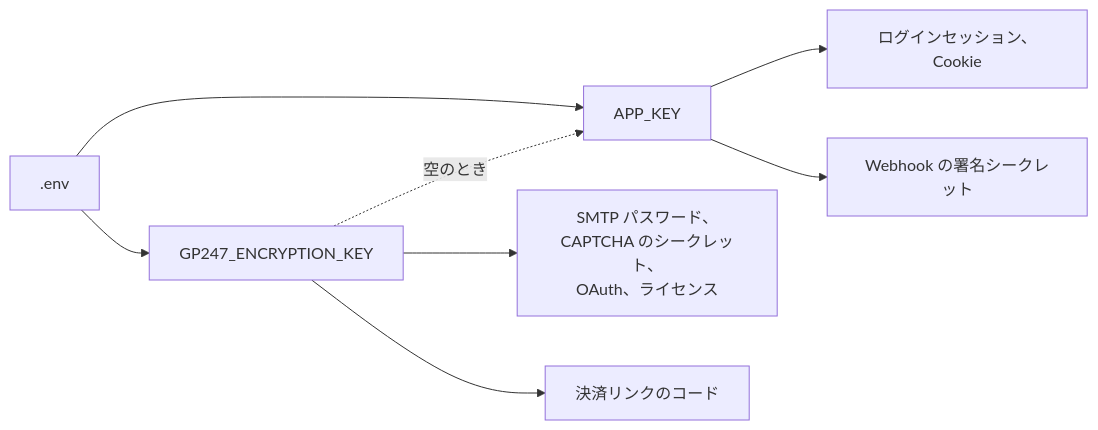
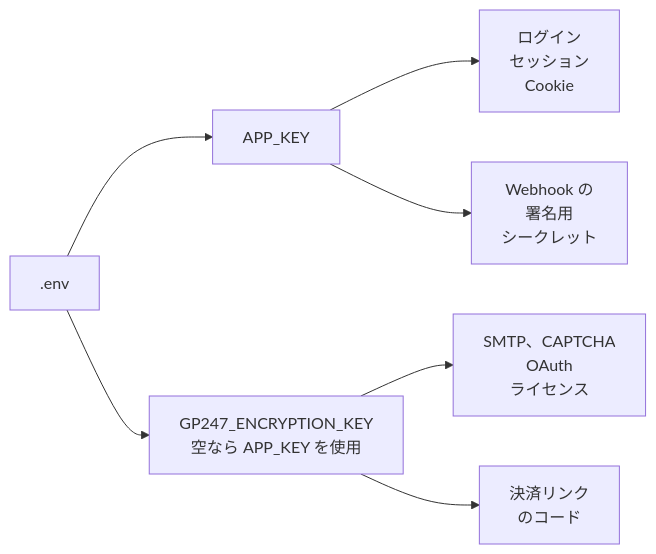
Before and after one commit to gp247net/gp247-docs: the diagram in security/security-keys-and-backup_ja.md, drawn with Mermaid. The commit also changed 44 other files, not shown here.

First line of the commit message:
docs: redraw oversized diagrams in security, API and MCP docs (vi/en/ja)

````diff
--- a/security/security-keys-and-backup_ja.md
+++ b/security/security-keys-and-backup_ja.md
@@ -18,10 +18,9 @@
 ```mermaid
 flowchart LR
     E[".env"] --> K1["APP_KEY"]
-    E --> K2["GP247_ENCRYPTION_KEY"]
-    K1 --> A1["ログインセッション、Cookie"]
-    K1 --> A3["Webhook の署名シークレット"]
-    K2 --> B1["SMTP パスワード、CAPTCHA のシークレット、<br/>OAuth、ライセンス"]
-    K2 --> B2["決済リンクのコード"]
-    K2 -.->|"空のとき"| K1
+    E --> K2["GP247_ENCRYPTION_KEY<br/>空なら APP_KEY を使用"]
+    K1 --> A1["ログイン<br/>セッション<br/>Cookie"]
+    K1 --> A3["Webhook の<br/>署名用<br/>シークレット"]
+    K2 --> B1["SMTP、CAPTCHA<br/>OAuth<br/>ライセンス"]
+    K2 --> B2["決済リンク<br/>のコード"]
 ```
````
